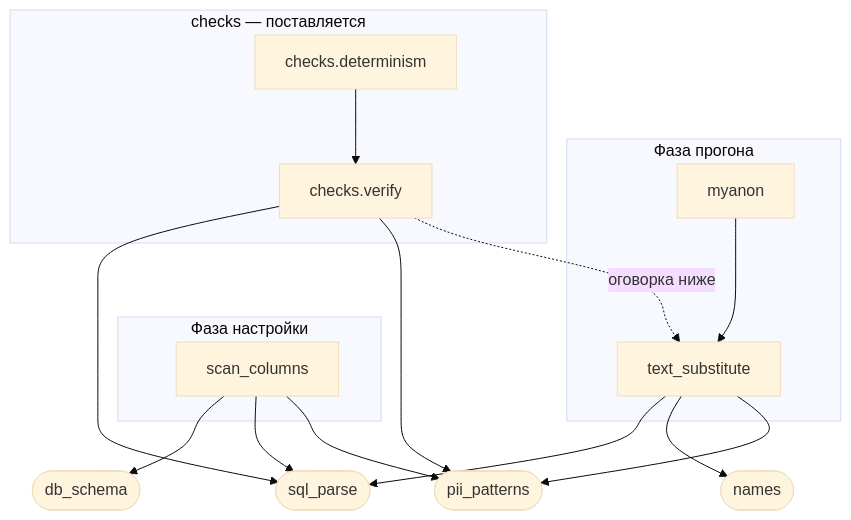
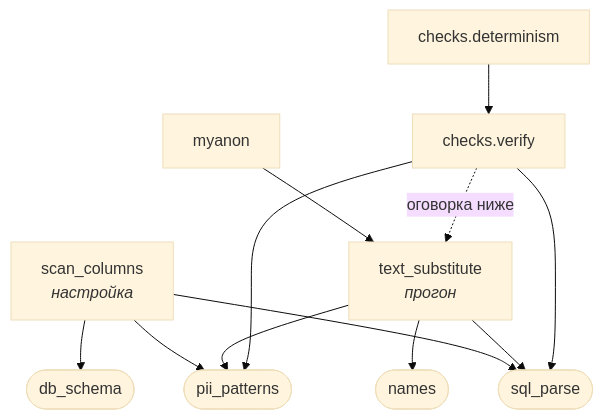
The first of 3 diagrams in README.md (Andrey-Ostapenko/rusal-sanitizer), drawn with Mermaid (base theme) before and after one commit.

Commit message:
Граф конвейера без рамок фаз: 534 пикселя вместо 737
Печать показала, что колонка README уже 737: схема шириной 547 печатается
целиком, шириной 737 — обрезается снизу. Сокращение подписей рамок ширину
не изменило, её задавали сами рамки. Рамки сняты, фаза указана подписью
в узле. Замерено getBBox: 534x324, 547x202, 375x834.

````diff
--- a/README.md
+++ b/README.md
@@ -159,27 +159,21 @@
 ```mermaid
 graph TD
-    subgraph Настройка["Фаза настройки"]
-        scan["scan_columns"]
-    end
-    subgraph Прогон["Фаза прогона"]
-        myanon["myanon"] --> subst["text_substitute"]
-    end
-    subgraph Проверка["checks — поставляется"]
-        determ["checks.determinism"] --> verify["checks.verify"]
-    end
+    scan["scan_columns<br/><i>настройка</i>"]
+    myanon["myanon"] --> subst["text_substitute<br/><i>прогон</i>"]
+    determ["checks.determinism"] --> verify["checks.verify"]
 
     db_schema(["db_schema"])
     sql_parse(["sql_parse"])
     pii(["pii_patterns"])
     names(["names"])
 
     scan --> db_schema
     scan --> sql_parse
     scan --> pii
     subst --> sql_parse
     subst --> names
     subst --> pii
     verify --> sql_parse
     verify --> pii
     verify -.->|"оговорка ниже"| subst
 ```
````
